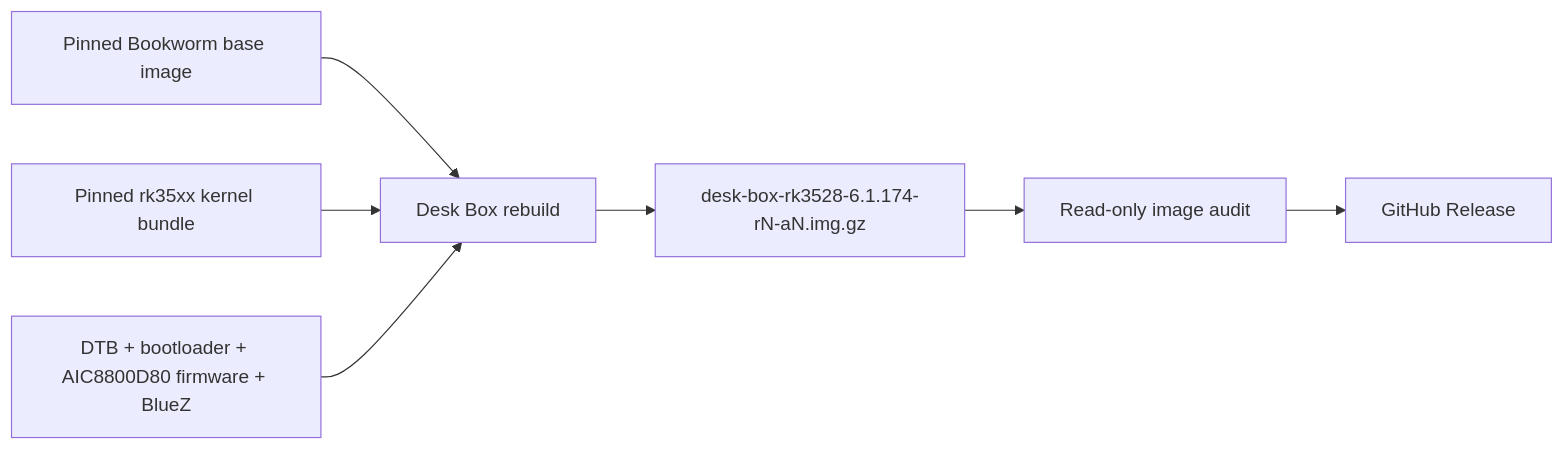
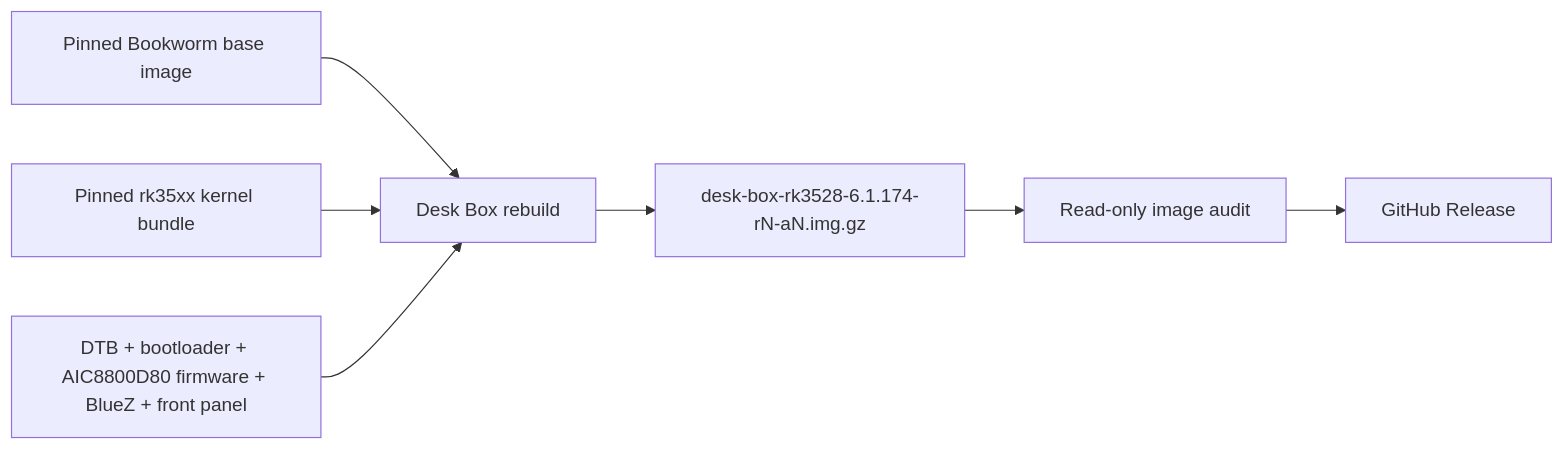
The diagram in README.md (hudrucan/xiaozhi-desk-box), drawn with Mermaid before and after one commit. The commit also changed other lines of this file and 5 other files, not shown here.

Commit message:
Add verified Desk Box front panel service

````diff
--- a/README.md
+++ b/README.md
@@ -103,9 +106,9 @@
 ```mermaid
 flowchart LR
     base["Pinned Bookworm base image"] --> rebuild["Desk Box rebuild"]
     kernel["Pinned rk35xx kernel bundle"] --> rebuild
-    payloads["DTB + bootloader + AIC8800D80 firmware + BlueZ"] --> rebuild
+    payloads["DTB + bootloader + AIC8800D80 firmware + BlueZ + front panel"] --> rebuild
     rebuild --> image["desk-box-rk3528-6.1.174-rN-aN.img.gz"]
     image --> audit["Read-only image audit"]
     audit --> release["GitHub Release"]
 ```
````
